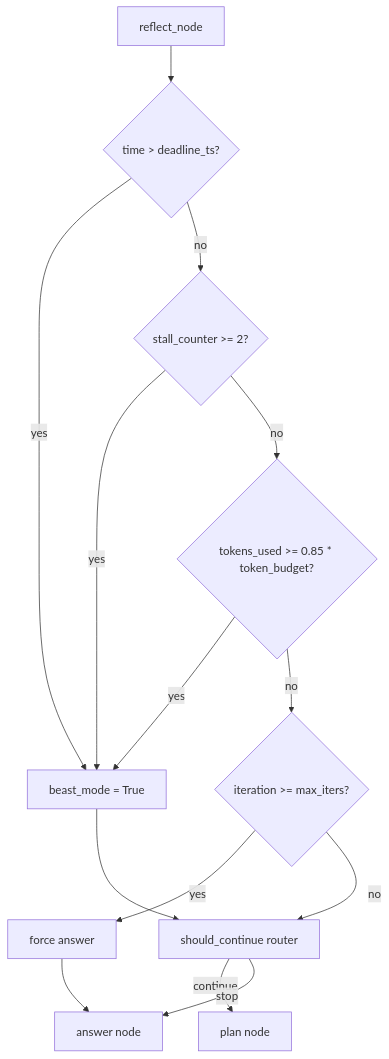
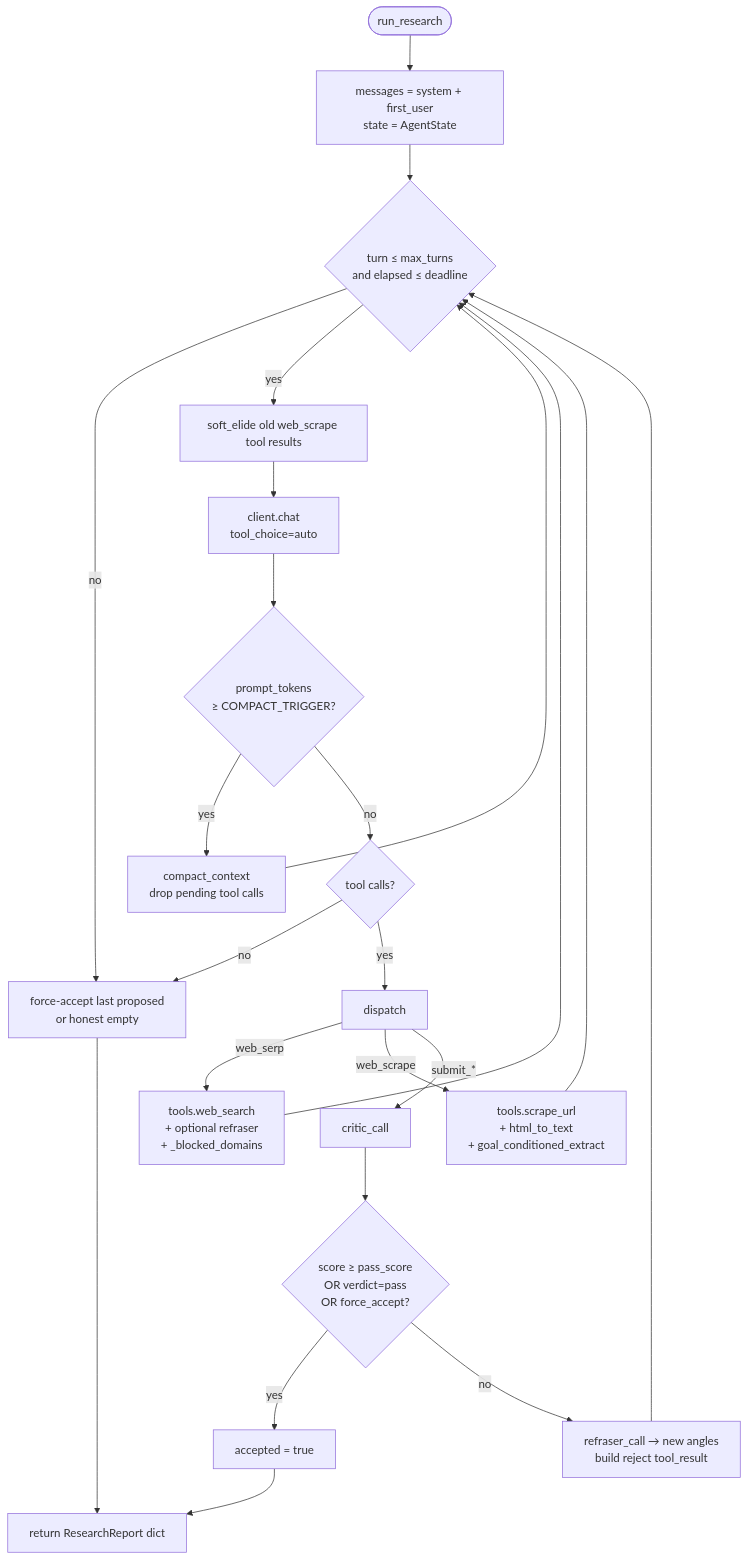
Before and after one commit to volk6022/Atomic-Scraper-Service: the diagram in docs/codebase-report/13-research-graph-state.md, drawn with Mermaid. The commit also changed other lines of this file and 39 other files, not shown here.

````diff
--- a/docs/codebase-report/13-research-graph-state.md
+++ b/docs/codebase-report/13-research-graph-state.md
@@ -155,16 +148,25 @@
 ```mermaid
 flowchart TD
-    R[reflect_node] --> C1{time > deadline_ts?}
-    C1 -- yes --> BM[beast_mode = True]
-    C1 -- no --> C2{stall_counter >= 2?}
-    C2 -- yes --> BM
-    C2 -- no --> C3{tokens_used >= 0.85 * token_budget?}
-    C3 -- yes --> BM
-    C3 -- no --> C4{iteration >= max_iters?}
-    C4 -- yes --> FORCE[force answer]
-    C4 -- no --> COND[should_continue router]
-    BM --> COND
-    FORCE --> ANS[answer node]
-    COND -- continue --> PLAN[plan node]
-    COND -- stop --> ANS
+    start([run_research]) --> seed[messages = system + first_user<br/>state = AgentState]
+    seed --> loop{turn ≤ max_turns<br/>and elapsed ≤ deadline}
+    loop -- no --> force[force-accept last proposed<br/>or honest empty]
+    loop -- yes --> elide[soft_elide old web_scrape tool results]
+    elide --> chat[client.chat<br/>tool_choice=auto]
+    chat --> bigprompt{prompt_tokens<br/>≥ COMPACT_TRIGGER?}
+    bigprompt -- yes --> compact[compact_context<br/>drop pending tool calls]
+    compact --> loop
+    bigprompt -- no --> tc{tool calls?}
+    tc -- no --> force
+    tc -- yes --> dispatch
+    dispatch -->|web_serp| serp[tools.web_search<br/>+ optional refraser<br/>+ _blocked_domains]
+    dispatch -->|web_scrape| scrape[tools.scrape_url<br/>+ html_to_text<br/>+ goal_conditioned_extract]
+    dispatch -->|submit_*| critic[critic_call]
+    critic --> verdict{score ≥ pass_score<br/>OR verdict=pass<br/>OR force_accept?}
+    verdict -- yes --> done[accepted = true]
+    verdict -- no --> refraser[refraser_call → new angles<br/>build reject tool_result]
+    refraser --> loop
+    serp --> loop
+    scrape --> loop
+    done --> ret[return ResearchReport dict]
+    force --> ret
 ```
````
